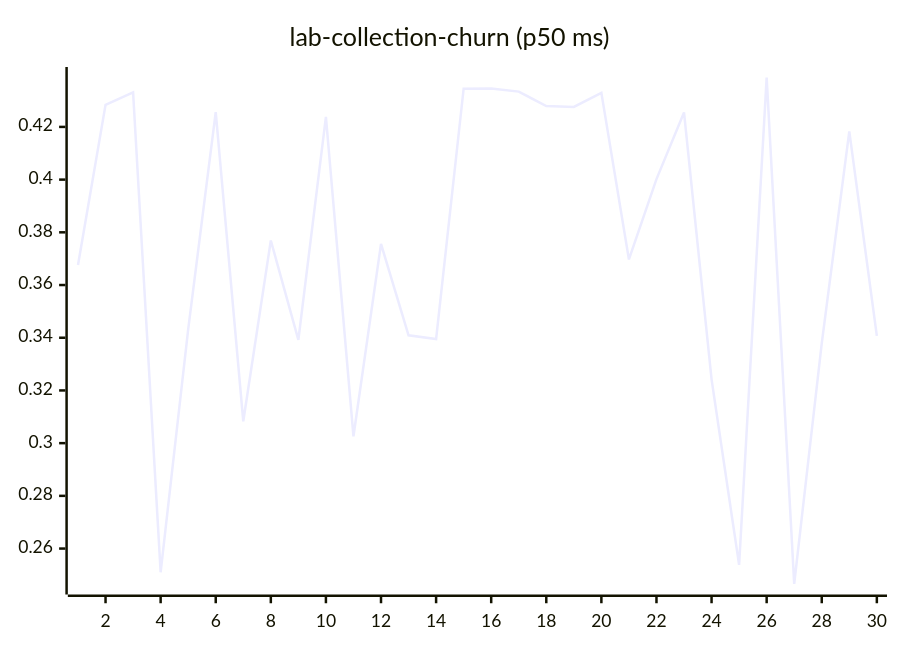
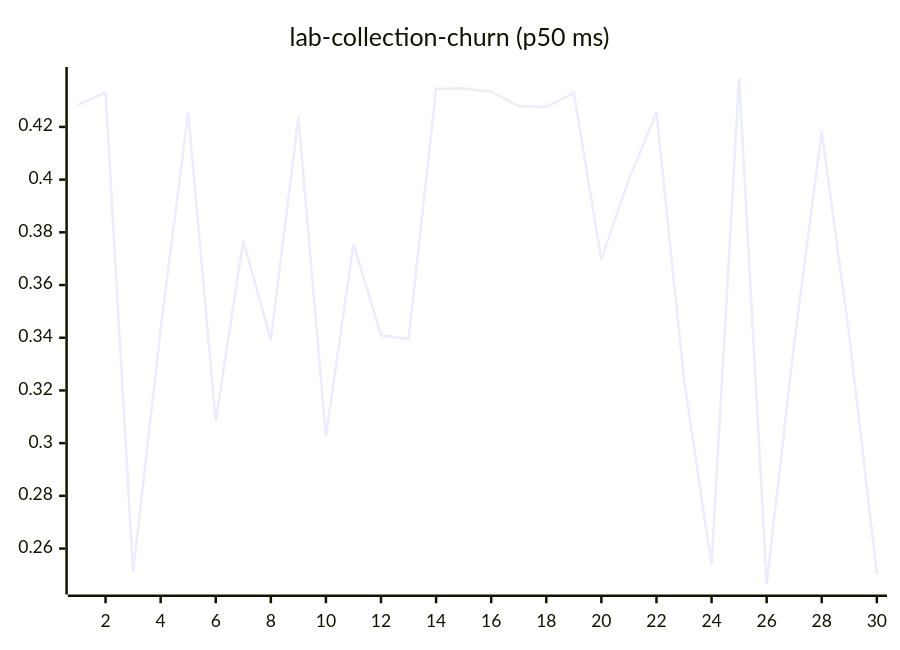
Before and after one commit to josha/Facet: diagram 11 of 27 in README.md, drawn with Mermaid. The commit also changed other lines of this file and 2 other files, not shown here.

````diff
--- a/README.md
+++ b/README.md
@@ -133,6 +133,6 @@
 ```mermaid
 xychart-beta
     title "lab-collection-churn (p50 ms)"
     x-axis 1 --> 30
-    line [0.3676, 0.4284, 0.4331, 0.2510, 0.3432, 0.4256, 0.3083, 0.3769, 0.3392, 0.4238, 0.3026, 0.3756, 0.3409, 0.3395, 0.4345, 0.4346, 0.4334, 0.4279, 0.4276, 0.4329, 0.3697, 0.4002, 0.4255, 0.3242, 0.2538, 0.4387, 0.2466, 0.3379, 0.4183, 0.3407]
+    line [0.4284, 0.4331, 0.2510, 0.3432, 0.4256, 0.3083, 0.3769, 0.3392, 0.4238, 0.3026, 0.3756, 0.3409, 0.3395, 0.4345, 0.4346, 0.4334, 0.4279, 0.4276, 0.4329, 0.3697, 0.4002, 0.4255, 0.3242, 0.2538, 0.4387, 0.2466, 0.3379, 0.4183, 0.3407, 0.2505]
 ```
````
